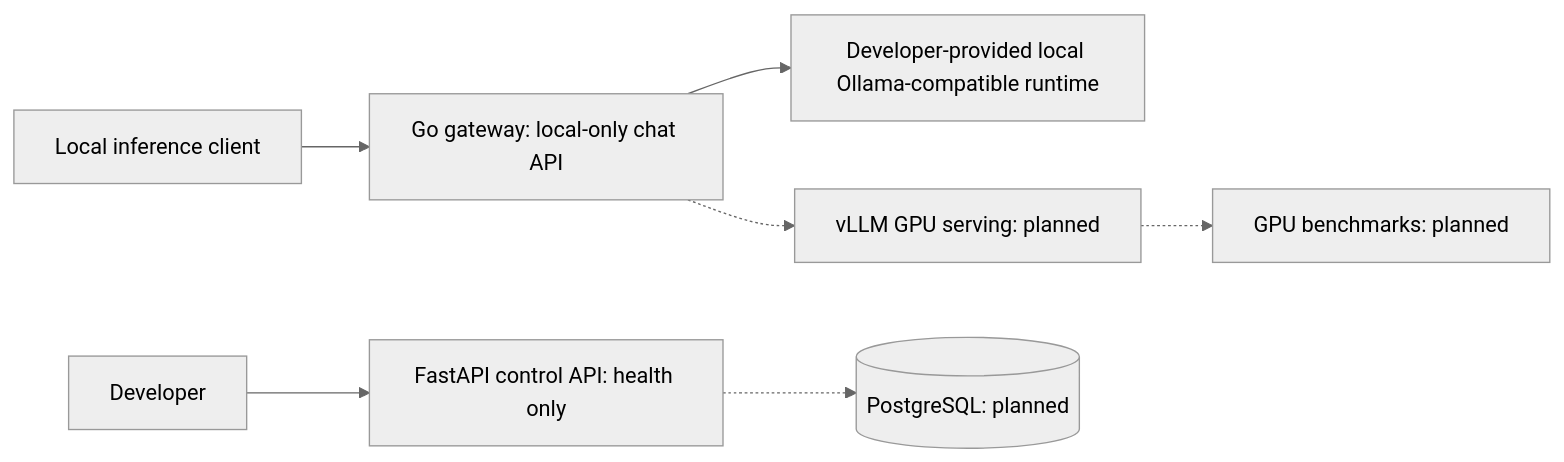
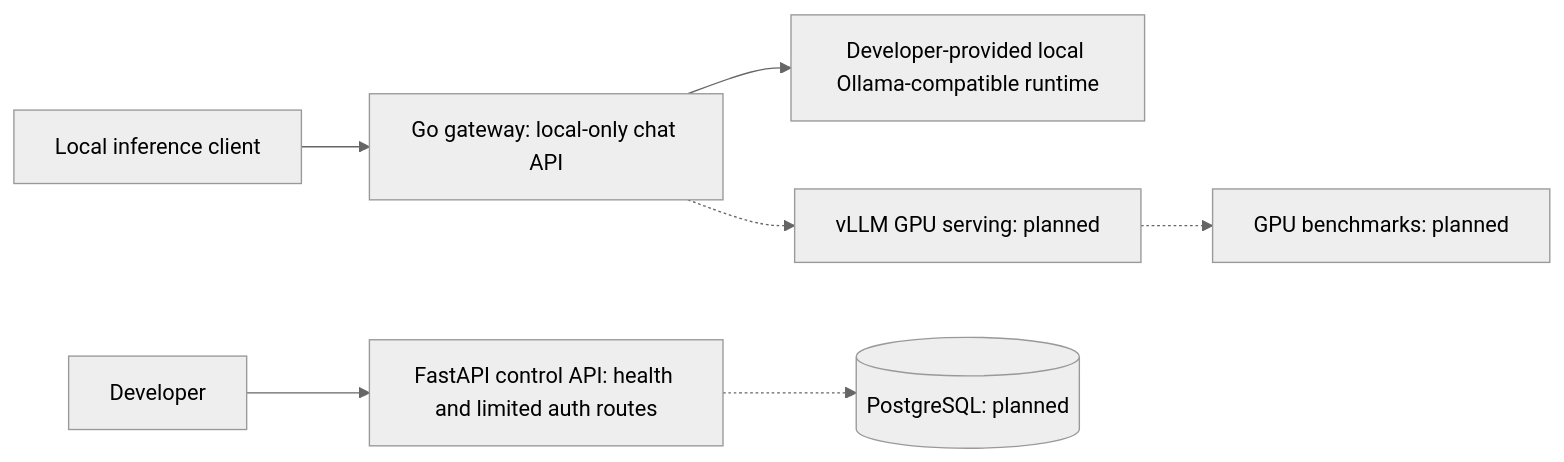
Before and after one commit to naim-munshi/metriqen-llm-serving-optimization: the diagram in README.md, drawn with Mermaid (neutral theme). The commit also changed other lines of this file and 7 other files, not shown here.

````diff
--- a/README.md
+++ b/README.md
@@ -52,9 +52,9 @@
 ```mermaid
 flowchart LR
-    Dev[Developer] --> API[FastAPI control API: health only]
+    Dev[Developer] --> API[FastAPI control API: health and limited auth routes]
     Client[Local inference client] --> Gateway[Go gateway: local-only chat API]
     Gateway --> Local[Developer-provided local Ollama-compatible runtime]
     Gateway -.-> LLM[vLLM GPU serving: planned]
     API -.-> DB[(PostgreSQL: planned)]
     LLM -.-> Eval[GPU benchmarks: planned]
 ```
````
